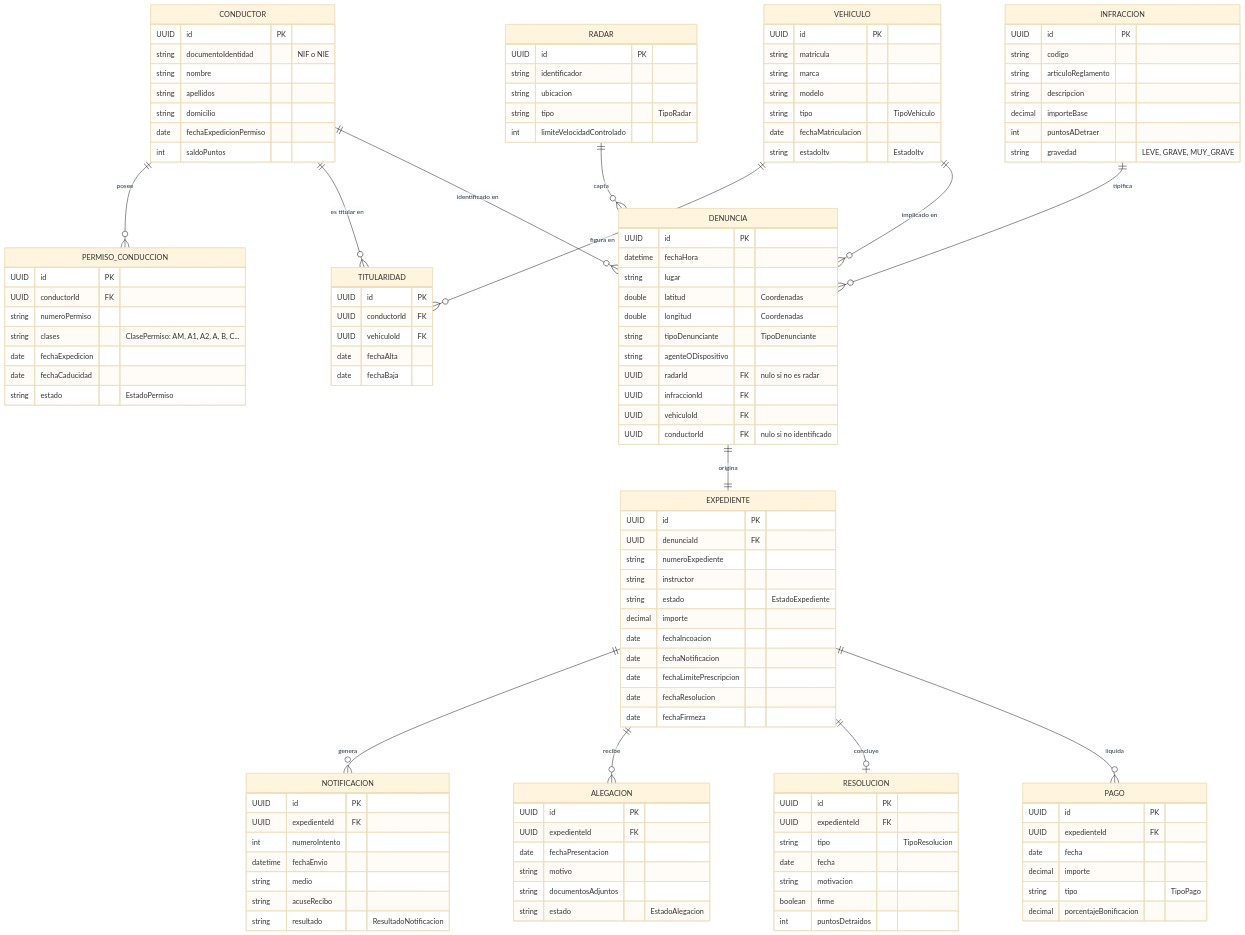
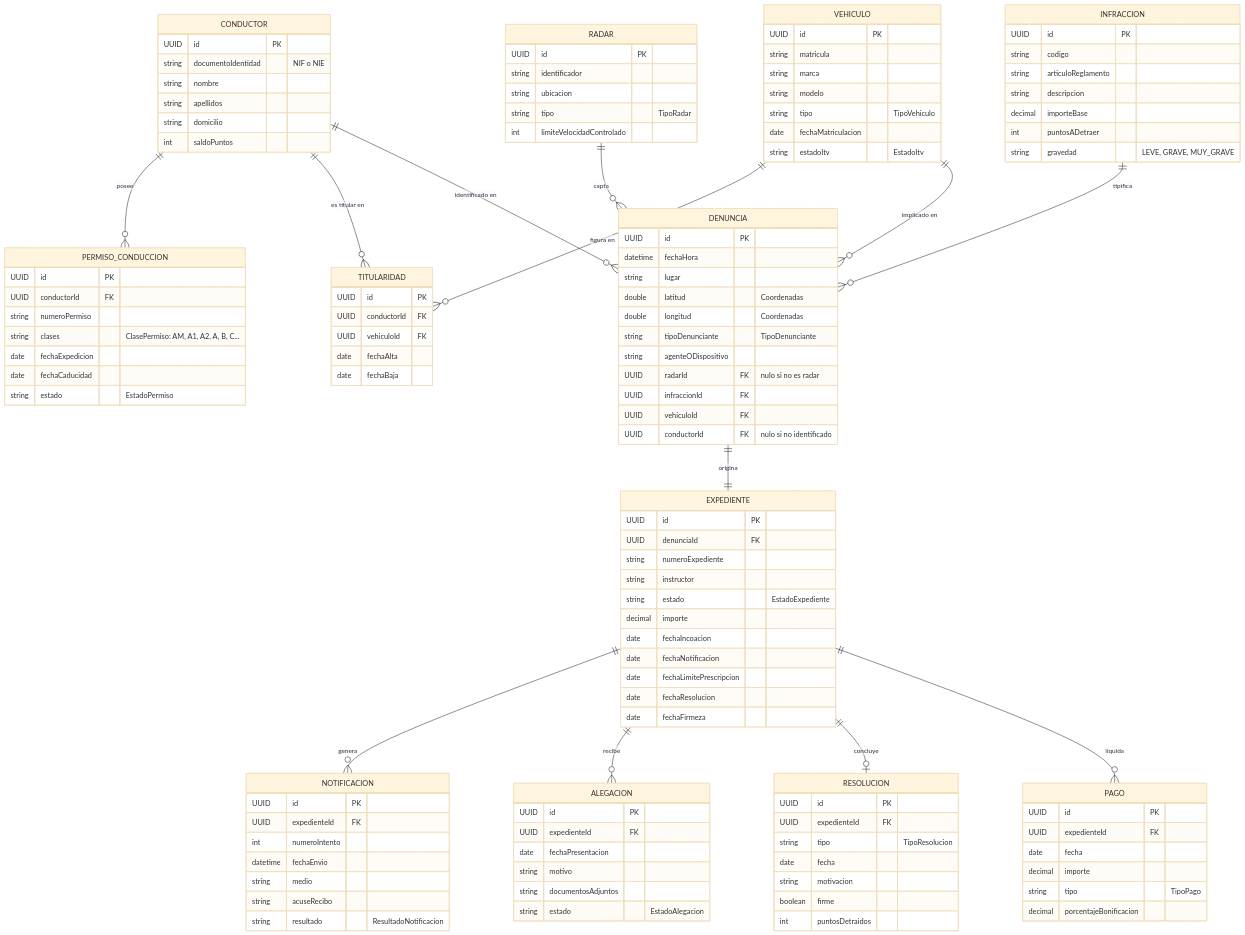
Before and after one commit to ProfesorPermuta/web-AD: the first of 2 diagrams in src/pages/tema-0/b-proyecto-multagal.md, drawn with Mermaid (base theme). The commit also changed other lines of this file, not shown here.

Commit message:
mejorado diagrama er

```diff
--- a/src/pages/tema-0/b-proyecto-multagal.md
+++ b/src/pages/tema-0/b-proyecto-multagal.md
@@ -85,7 +85,6 @@
         string nombre
         string apellidos
         string domicilio
-        date fechaExpedicionPermiso
         int saldoPuntos
     }
     PERMISO_CONDUCCION {
```
